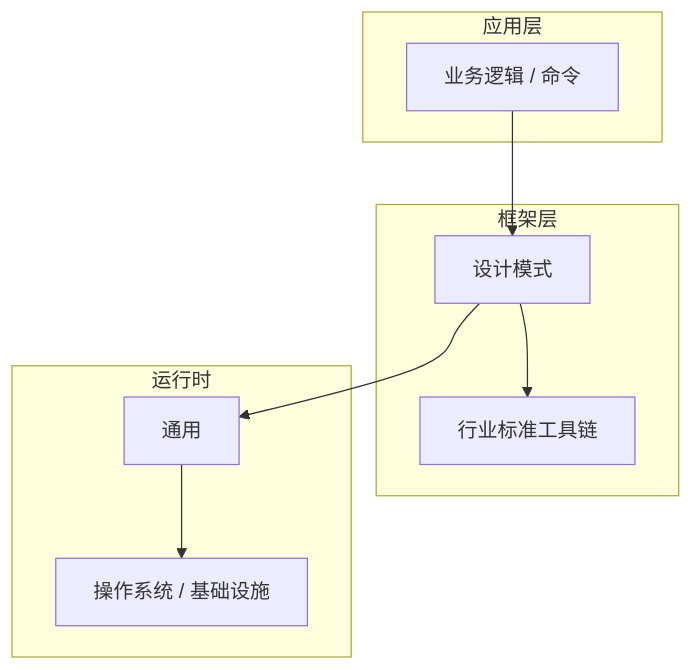
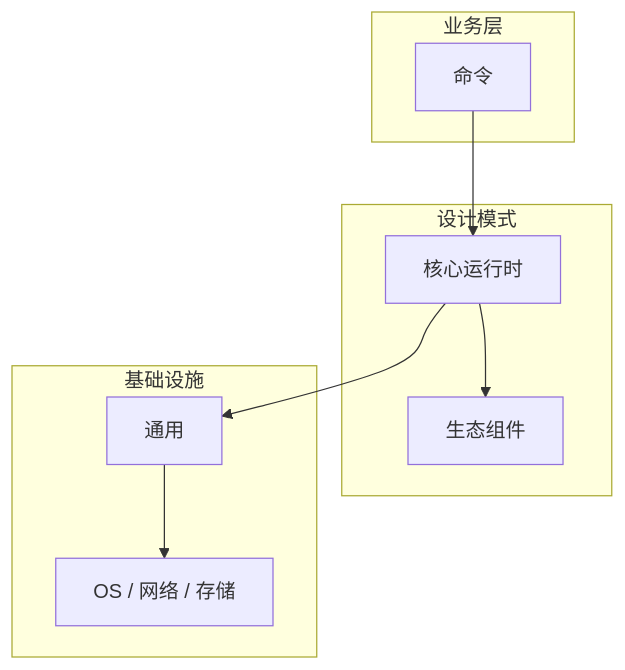
The diagram in articles/设计模式/chapters/071-命令核心概念与原理.md (yanggan2015/knowledge-json-v2), drawn with Mermaid before and after one commit. The commit also changed other lines of this file and 10127 other files, not shown here.

````diff
--- a/articles/设计模式/chapters/071-命令核心概念与原理.md
+++ b/articles/设计模式/chapters/071-命令核心概念与原理.md
@@ -45,18 +34,18 @@
 ```mermaid
 graph TB
-    subgraph 应用层
-        A[业务逻辑 / 命令]
+    subgraph 业务层
+        A[命令]
     end
-    subgraph 框架层
-        B[设计模式]
-        C[行业标准工具链]
+    subgraph 设计模式
+        B[核心运行时]
+        C[生态组件]
     end
-    subgraph 运行时
+    subgraph 基础设施
         D[通用]
-        E[操作系统 / 基础设施]
+        E[OS / 网络 / 存储]
     end
     A --> B
     B --> C
     B --> D
     D --> E
 ```
````
